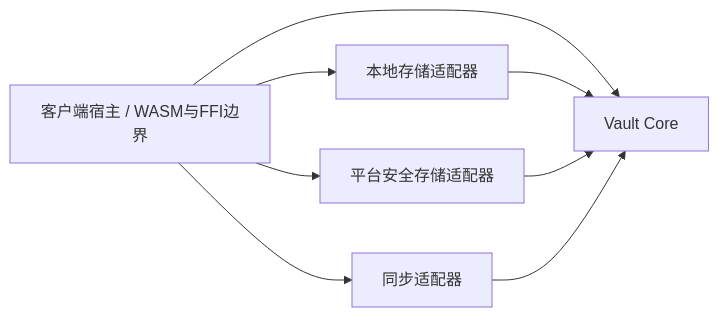
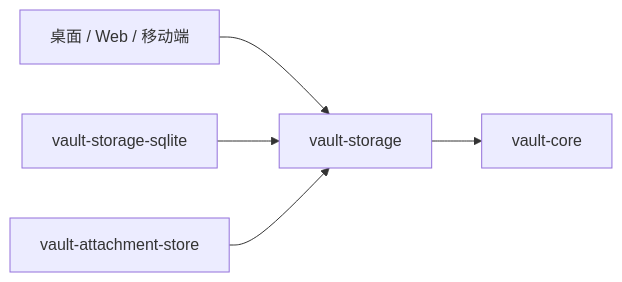
Before and after one commit to yexiaoye-blue/CitriPass: the second of 2 diagrams in docs/02-system-architecture.md, drawn with Mermaid. The commit also changed other lines of this file and 7 other files, not shown here.

````diff
--- a/docs/02-system-architecture.md
+++ b/docs/02-system-architecture.md
@@ -36,10 +38,7 @@
 ```mermaid
 flowchart LR
-    HOST[客户端宿主 / WASM与FFI边界] --> CORE[Vault Core]
-    HOST --> STORE[本地存储适配器]
-    HOST --> PLATFORM[平台安全存储适配器]
-    HOST --> SYNC[同步适配器]
-    STORE --> CORE
-    PLATFORM --> CORE
-    SYNC --> CORE
+    HOST[桌面 / Web / 移动端] --> STORAGE[vault-storage]
+    STORAGE --> CORE[vault-core]
+    SQLITE[vault-storage-sqlite] --> STORAGE
+    FILES[vault-attachment-store] --> STORAGE
 ```
````
